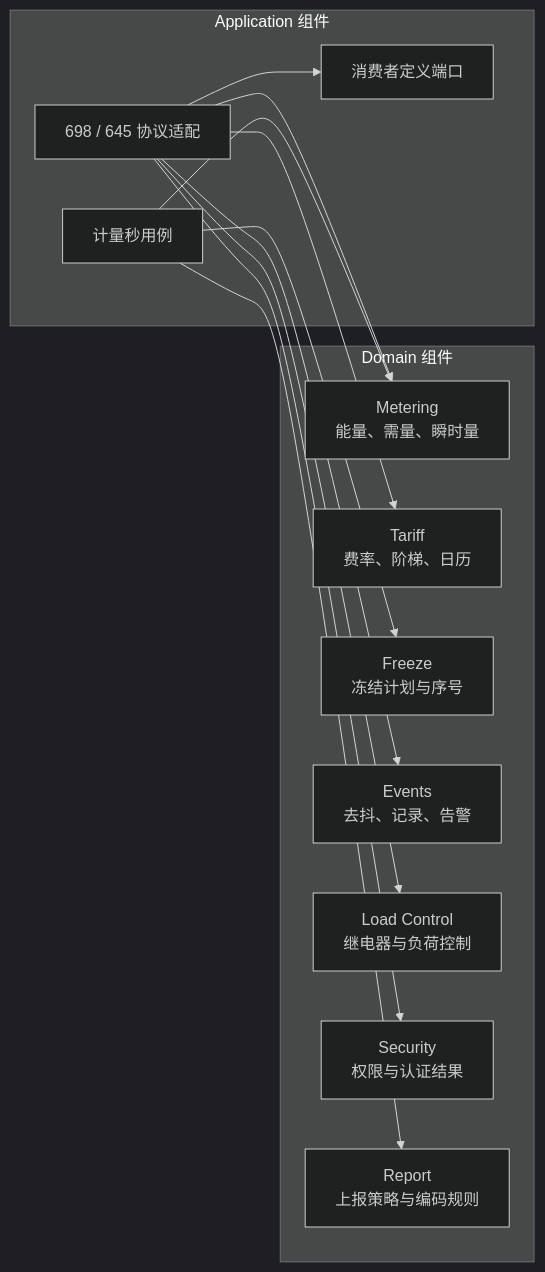
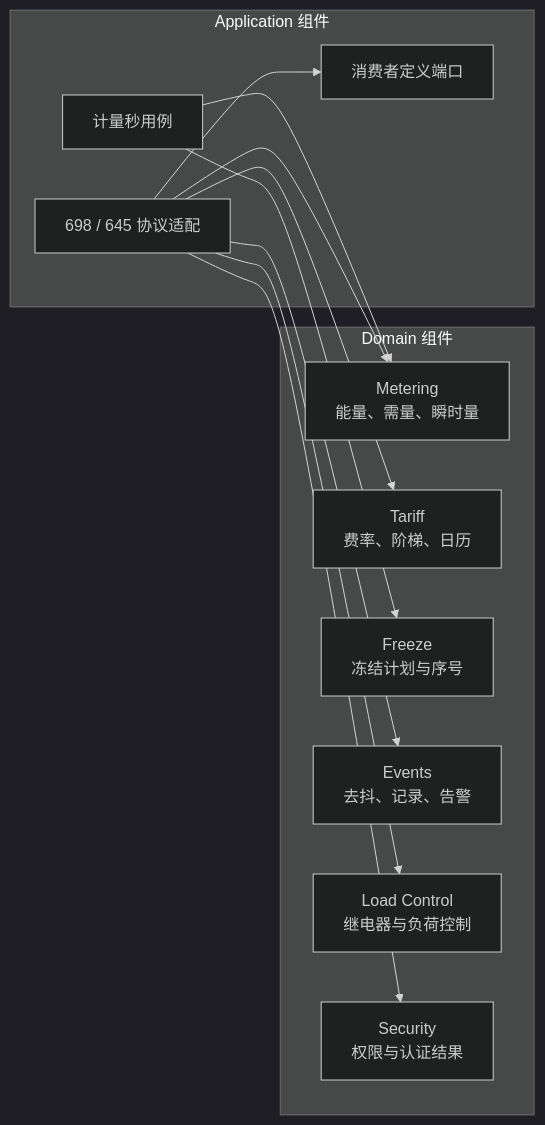
Before and after one commit to cautonwong/modular-001: the third of 7 diagrams in README.md, drawn with Mermaid (dark theme). The commit also changed other lines of this file and 443 other files, not shown here.

````diff
--- a/README.md
+++ b/README.md
@@ -83,28 +101,26 @@
 ```mermaid
 flowchart LR
     subgraph Domain["Domain 组件"]
         Metering["Metering<br/>能量、需量、瞬时量"]
         Tariff["Tariff<br/>费率、阶梯、日历"]
         Freeze["Freeze<br/>冻结计划与序号"]
         Events["Events<br/>去抖、记录、告警"]
         Control["Load Control<br/>继电器与负荷控制"]
         Security["Security<br/>权限与认证结果"]
-        Report["Report<br/>上报策略与编码规则"]
     end
 
     subgraph Application["Application 组件"]
         MeterUse["计量秒用例"]
         Adapters["698 / 645 协议适配"]
         Ports["消费者定义端口"]
     end
 
     MeterUse --> Metering
     MeterUse --> Freeze
-    MeterUse --> Report
     Adapters --> Metering
     Adapters --> Tariff
     Adapters --> Events
     Adapters --> Security
     Adapters --> Control
     Adapters --> Ports
 ```
````
